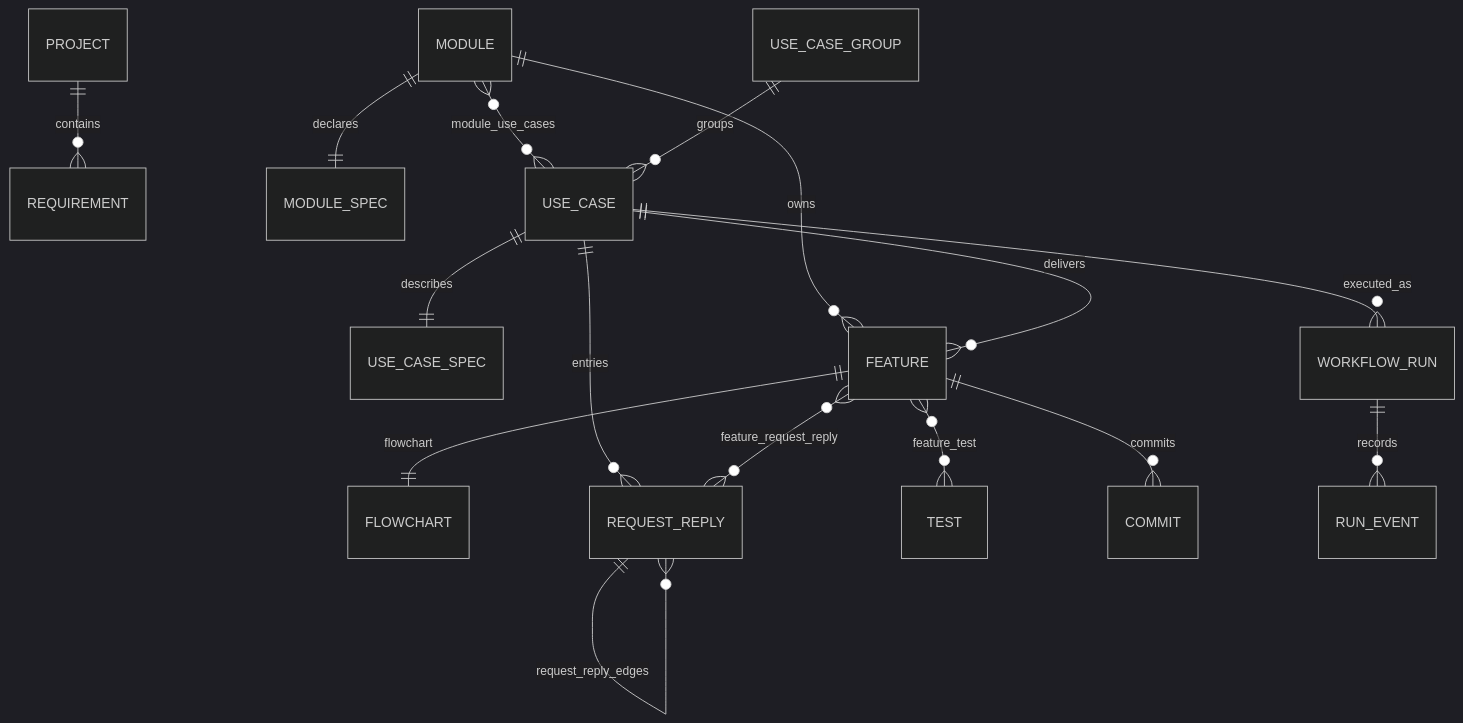
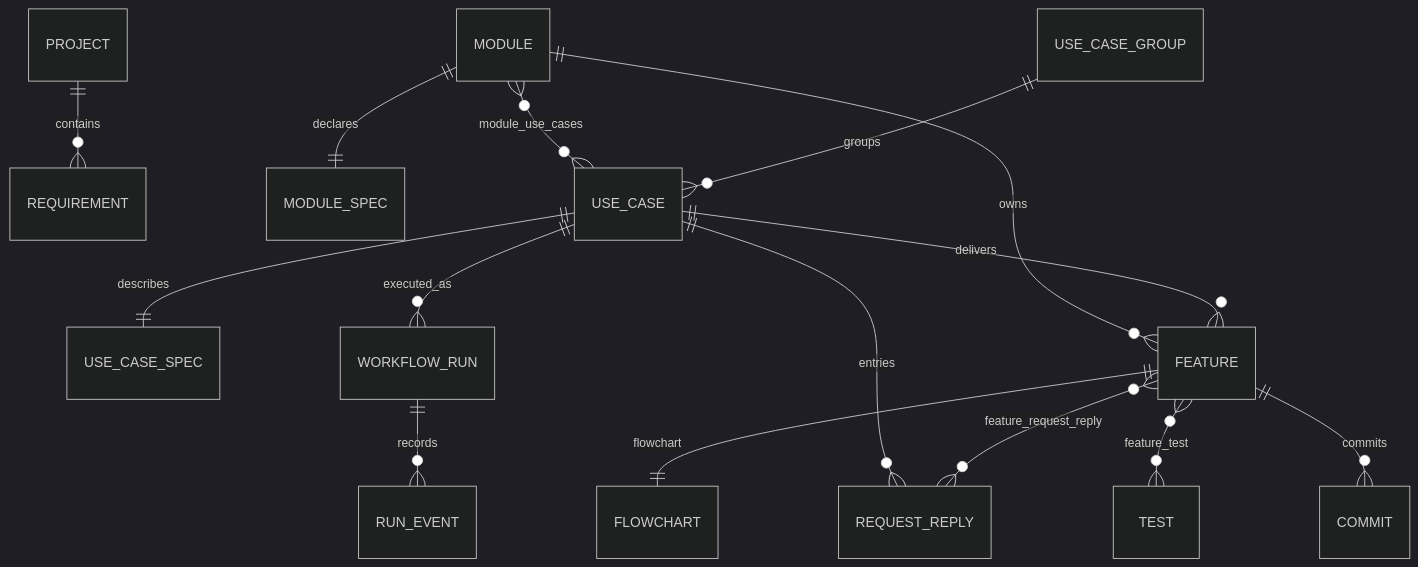
One commit to gordonz-cloud/project-manager changed the diagram in SOLUTION_MODEL.md. Above: the diagram before and after it, drawn with Mermaid (dark theme). The commit also changed other lines of this file and 10 other files, not shown here.

First line of the commit message:
删除入口依赖：去掉 request_reply_edges 表和相关 model/enum/工厂/关系管理器

````diff
--- a/SOLUTION_MODEL.md
+++ b/SOLUTION_MODEL.md
@@ -170,22 +170,21 @@
 ```mermaid
 erDiagram
     PROJECT ||--o{ REQUIREMENT : contains
     MODULE ||--|| MODULE_SPEC : declares
     MODULE }o--o{ USE_CASE : module_use_cases
     USE_CASE_GROUP ||--o{ USE_CASE : groups
     USE_CASE ||--|| USE_CASE_SPEC : describes
     MODULE ||--o{ FEATURE : owns
     USE_CASE ||--o{ WORKFLOW_RUN : executed_as
 
     USE_CASE ||--o{ FEATURE : delivers
 
     FEATURE ||--|| FLOWCHART : flowchart
     USE_CASE ||--o{ REQUEST_REPLY : entries
-    REQUEST_REPLY ||--o{ REQUEST_REPLY : request_reply_edges
     FEATURE }o--o{ REQUEST_REPLY : feature_request_reply
 
     FEATURE }o--o{ TEST : feature_test
     FEATURE ||--o{ COMMIT : commits
 
     WORKFLOW_RUN ||--o{ RUN_EVENT : records
 ```
````
